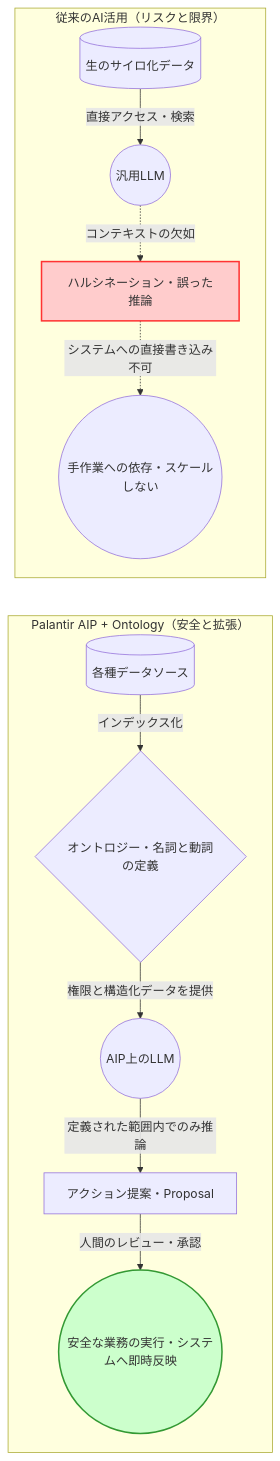
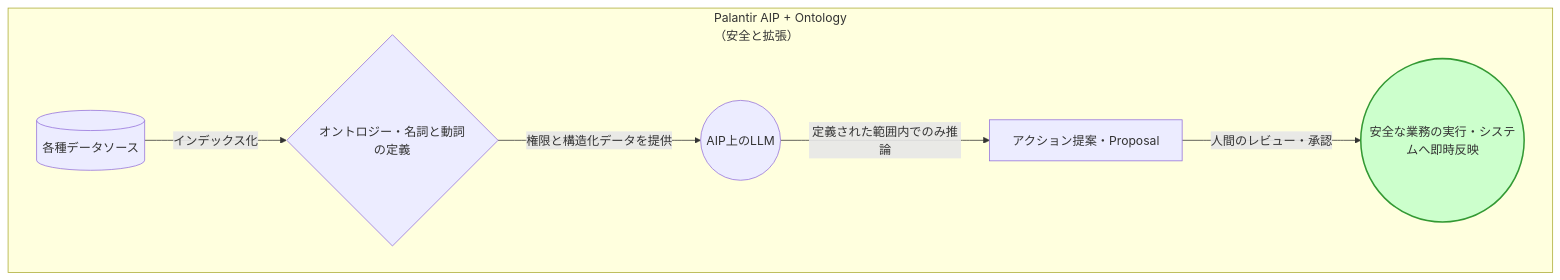
The eighth of 9 diagrams in docs/the-palantir-impact.md (jonnydubowsky/palantir-ontology-strategy), drawn with Mermaid before and after one commit. The commit also changed other lines of this file, not shown here.

````diff
--- a/docs/the-palantir-impact.md
+++ b/docs/the-palantir-impact.md
@@ -347,21 +358,11 @@
 ```mermaid
-flowchart TD
-    subgraph standard_ai ["従来のAI活用（リスクと限界）"]
-        A1[("生のサイロ化データ")] -->|"直接アクセス・検索"| B1(("汎用LLM"))
-        B1 -.->|"コンテキストの欠如"| C1["ハルシネーション・誤った推論"]
-        C1 -.->|"システムへの直接書き込み不可"| D1(("手作業への依存・スケールしない"))
-    end
-
-    subgraph palantir_aip ["Palantir AIP + Ontology（安全と拡張）"]
+flowchart LR
+    subgraph palantir_aip ["Palantir AIP + Ontology<br>（安全と拡張）"]
+        direction LR
         A2[("各種データソース")] -->|"インデックス化"| B2{"オントロジー・名詞と動詞の定義"}
         B2 -->|"権限と構造化データを提供"| C2(("AIP上のLLM"))
         C2 -->|"定義された範囲内でのみ推論"| D2["アクション提案・Proposal"]
         D2 -->|"人間のレビュー・承認"| E2(("安全な業務の実行・システムへ即時反映"))
     end
-
-    %% 縦並びを強制するための透明なリンク
-    D1 ~~~ A2
-
-    style C1 fill:#fcc,stroke:#f33,stroke-width:2px
     style E2 fill:#cfc,stroke:#393,stroke-width:2px
 ```
````
